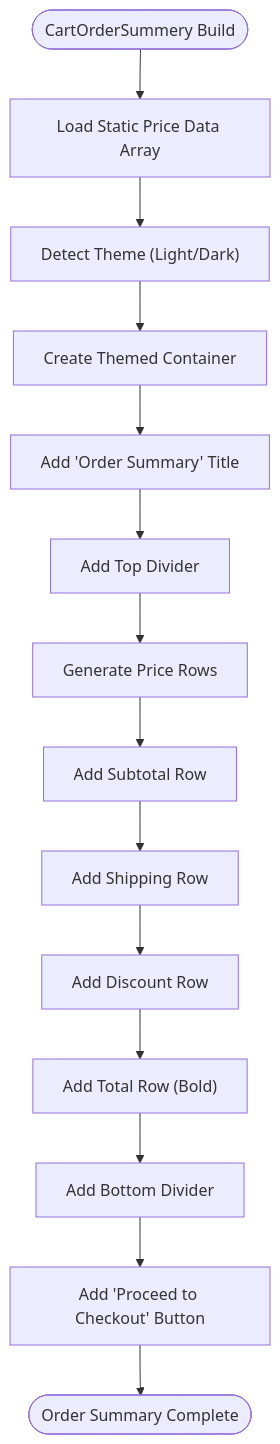
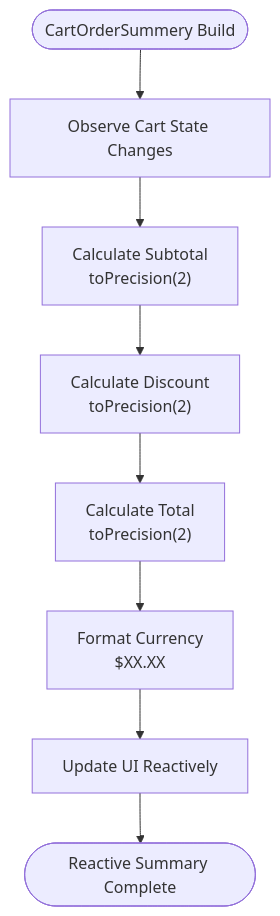
The sixth of 11 diagrams in .qoder/repowiki/en/content/Core Features/E-commerce Platform/Shopping Cart System.md (Ariful3111/FurniGo), drawn with Mermaid before and after one commit. The commit also changed other lines of this file and 8 other files, not shown here.

````diff
--- a/.qoder/repowiki/en/content/Core Features/E-commerce Platform/Shopping Cart System.md
+++ b/.qoder/repowiki/en/content/Core Features/E-commerce Platform/Shopping Cart System.md
@@ -422,16 +259,10 @@
 ```mermaid
 flowchart TD
-Start(["CartOrderSummery Build"]) --> LoadPriceData["Load Static Price Data Array"]
-LoadPriceData --> DetectTheme["Detect Theme (Light/Dark)"]
-DetectTheme --> CreateContainer["Create Themed Container"]
-CreateContainer --> AddTitle["Add 'Order Summary' Title"]
-AddTitle --> AddDivider1["Add Top Divider"]
-AddDivider1 --> GenerateRows["Generate Price Rows"]
-GenerateRows --> AddSubtotal["Add Subtotal Row"]
-AddSubtotal --> AddShipping["Add Shipping Row"]
-AddShipping --> AddDiscount["Add Discount Row"]
-AddDiscount --> AddTotal["Add Total Row (Bold)"]
-AddTotal --> AddDivider2["Add Bottom Divider"]
-AddDivider2 --> AddButton["Add 'Proceed to Checkout' Button"]
-AddButton --> End(["Order Summary Complete"])
+Start(["CartOrderSummery Build"]) --> LoadReactive["Observe Cart State Changes"]
+LoadReactive --> CalcSubtotal["Calculate Subtotal<br/>toPrecision(2)"]
+CalcSubtotal --> CalcDiscount["Calculate Discount<br/>toPrecision(2)"]
+CalcDiscount --> CalcTotal["Calculate Total<br/>toPrecision(2)"]
+CalcTotal --> FormatCurrency["Format Currency<br/>$XX.XX"]
+FormatCurrency --> UpdateUI["Update UI Reactively"]
+UpdateUI --> End(["Reactive Summary Complete"])
 ```
````
